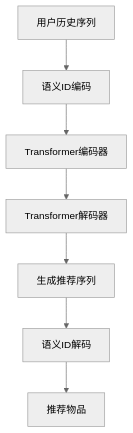
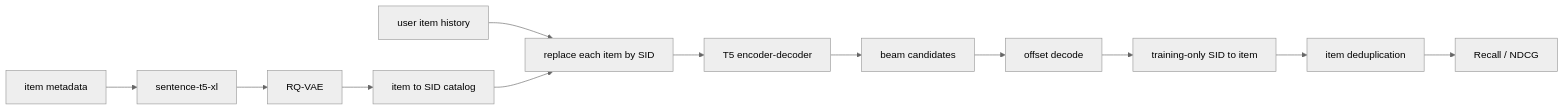
The diagram in docs/zh/models/tiger.md (phonism/genrec), drawn with Mermaid (neutral theme) before and after one commit. The commit also changed other lines of this file and 90 other files, not shown here.

````diff
--- a/docs/zh/models/tiger.md
+++ b/docs/zh/models/tiger.md
@@ -13,9 +21,14 @@
 ```mermaid
-graph TD
-    A[用户历史序列] --> B[语义ID编码]
-    B --> C[Transformer编码器]
-    C --> D[Transformer解码器]
-    D --> E[生成推荐序列]
-    E --> F[语义ID解码]
-    F --> G[推荐物品]
+flowchart LR
+    M[item metadata] --> E[sentence-t5-xl]
+    E --> R[RQ-VAE]
+    R --> S[item to SID catalog]
+    H[user item history] --> X[replace each item by SID]
+    S --> X
+    X --> T[T5 encoder-decoder]
+    T --> B[beam candidates]
+    B --> D[offset decode]
+    D --> P[training-only SID to item]
+    P --> U[item deduplication]
+    U --> K[Recall / NDCG]
 ```
````
